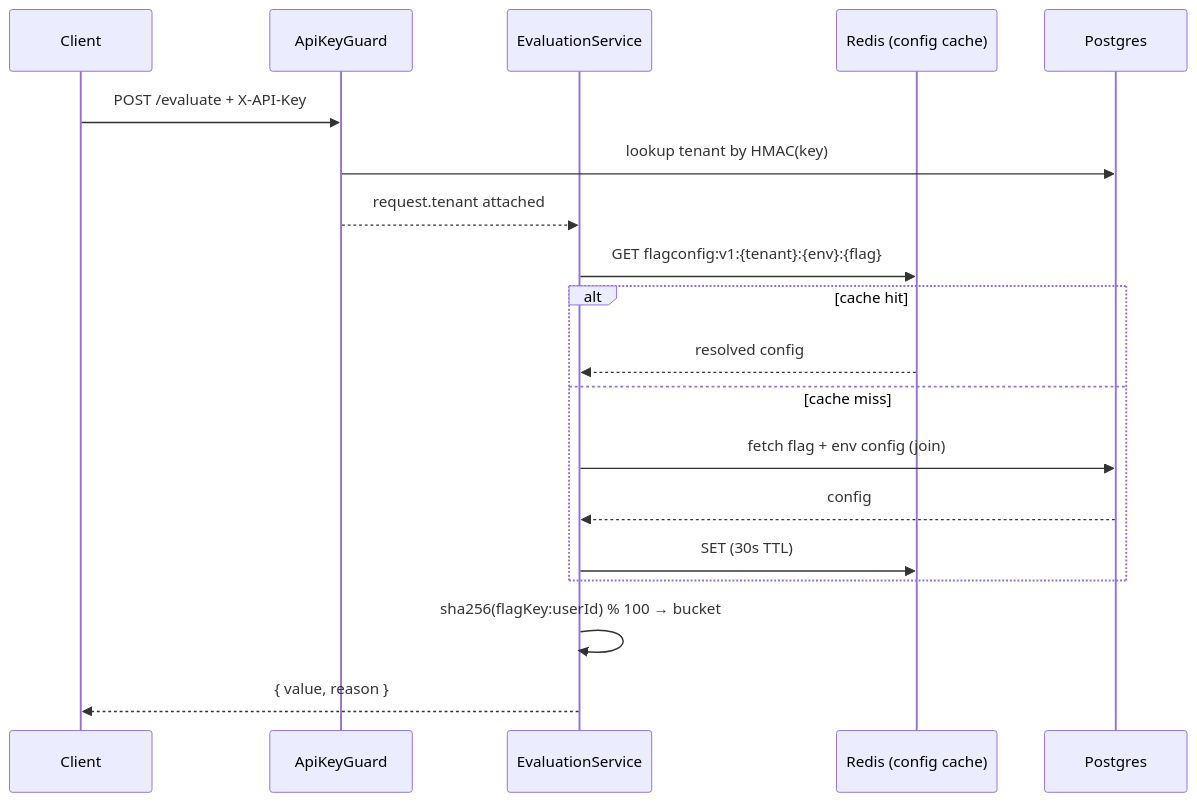
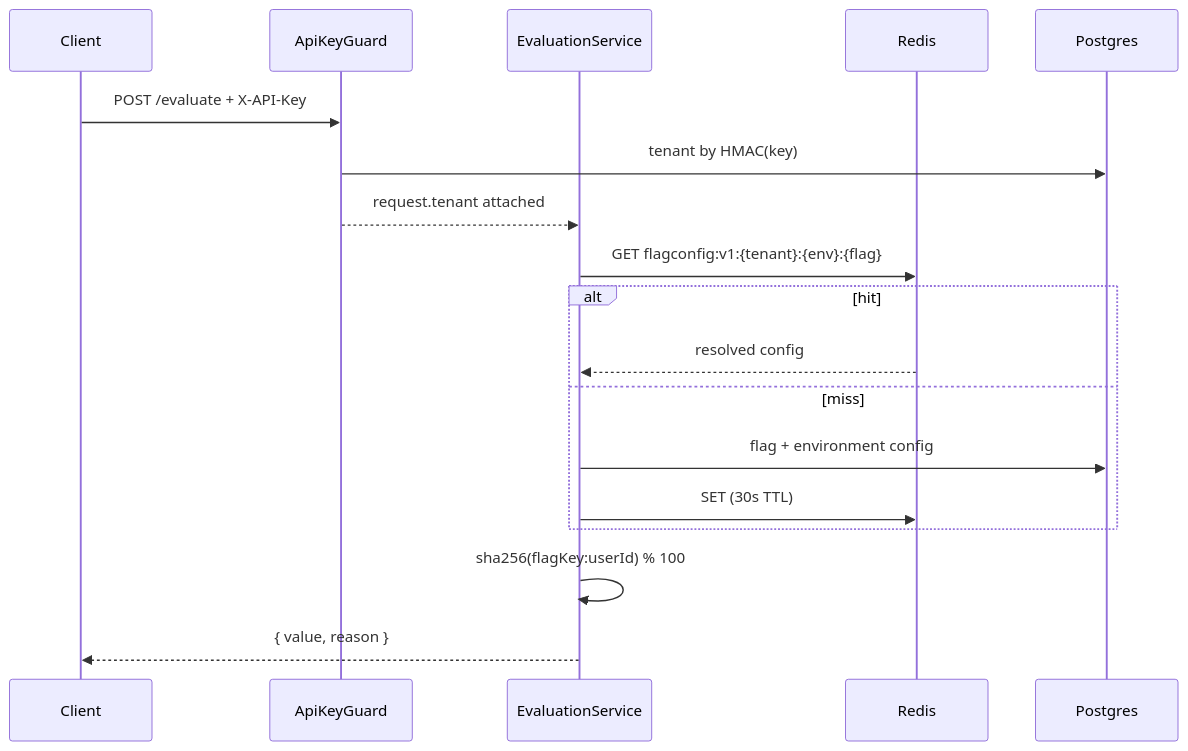
The second of 3 diagrams in README.md (awais-aman/feature-flag-service), drawn with Mermaid before and after one commit. The commit also changed other lines of this file and 2 other files, not shown here.

````diff
--- a/README.md
+++ b/README.md
@@ -106,22 +272,21 @@
 ```mermaid
 sequenceDiagram
     participant C as Client
     participant G as ApiKeyGuard
     participant E as EvaluationService
-    participant Cache as Redis (config cache)
+    participant R as Redis
     participant DB as Postgres
 
     C->>G: POST /evaluate + X-API-Key
-    G->>DB: lookup tenant by HMAC(key)
+    G->>DB: tenant by HMAC(key)
     G-->>E: request.tenant attached
-    E->>Cache: GET flagconfig:v1:{tenant}:{env}:{flag}
-    alt cache hit
-        Cache-->>E: resolved config
-    else cache miss
-        E->>DB: fetch flag + env config (join)
-        DB-->>E: config
-        E->>Cache: SET (30s TTL)
+    E->>R: GET flagconfig:v1:{tenant}:{env}:{flag}
+    alt hit
+        R-->>E: resolved config
+    else miss
+        E->>DB: flag + environment config
+        E->>R: SET (30s TTL)
     end
-    E->>E: sha256(flagKey:userId) % 100 → bucket
+    E->>E: sha256(flagKey:userId) % 100
     E-->>C: { value, reason }
 ```
````
